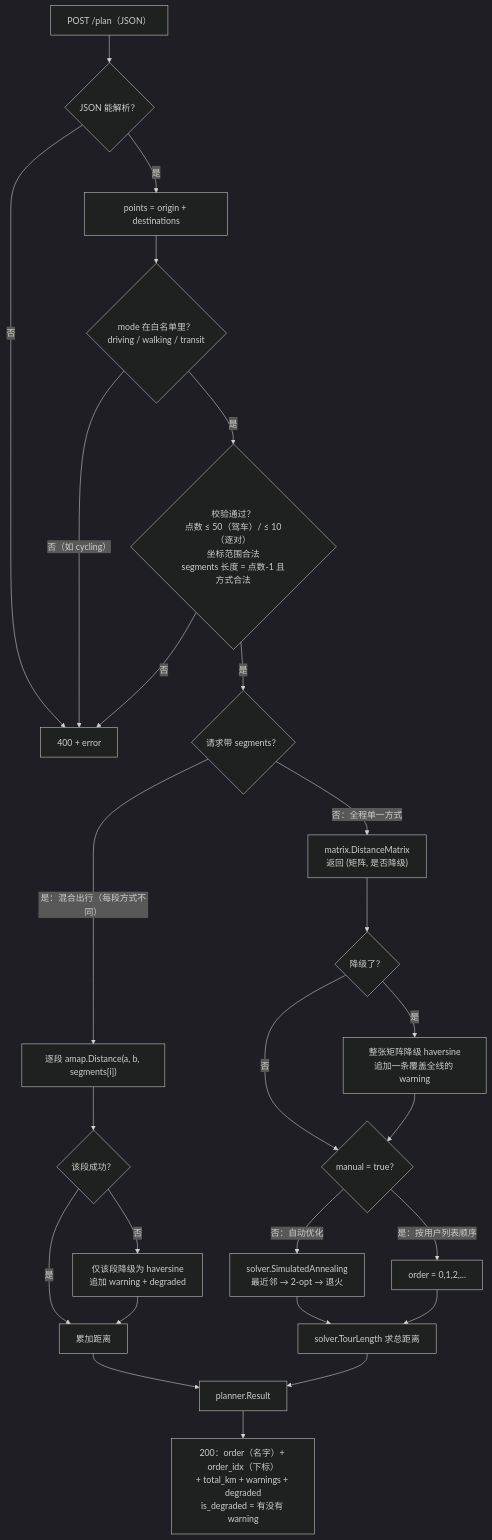
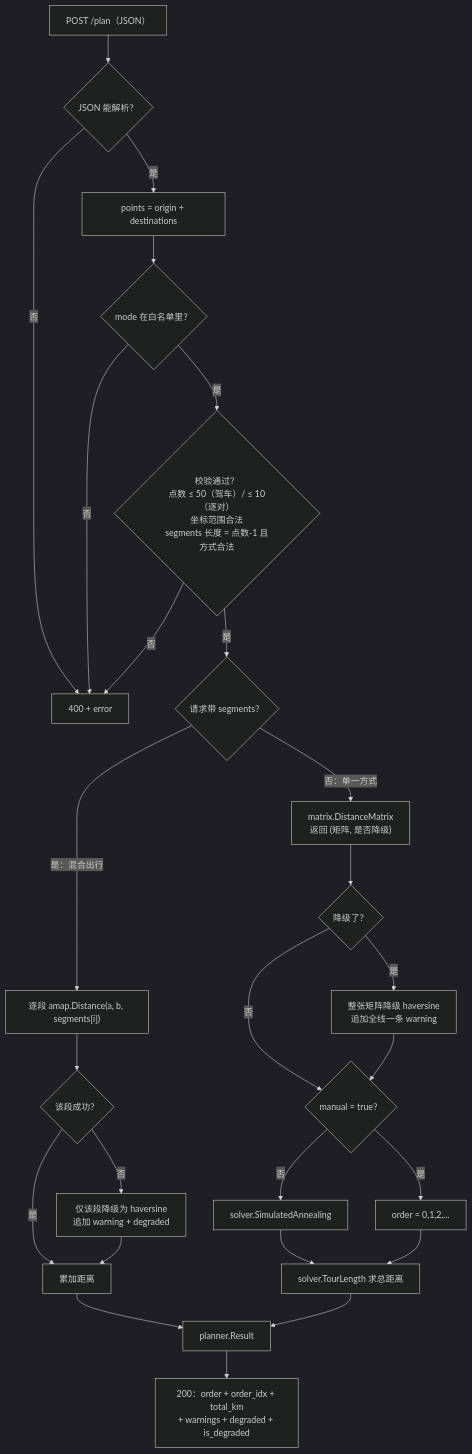
The fifth of 5 diagrams in README.md (Gulugll/route66), drawn with Mermaid (dark theme) before and after one commit. The commit also changed other lines of this file, not shown here.

````diff
--- a/README.md
+++ b/README.md
@@ -511,31 +443,31 @@
 ```mermaid
 flowchart TD
     A["POST /plan（JSON）"] --> B{"JSON 能解析？"}
     B -->|"否"| E400["400 + error"]
     B -->|"是"| C["points = origin + destinations"]
-    C --> V0{"mode 在白名单里？<br/>driving / walking / transit"}
-    V0 -->|"否（如 cycling）"| E400
+    C --> V0{"mode 在白名单里？"}
+    V0 -->|"否"| E400
     V0 -->|"是"| D{"校验通过？<br/>点数 ≤ 50（驾车）/ ≤ 10（逐对）<br/>坐标范围合法<br/>segments 长度 = 点数-1 且方式合法"}
     D -->|"否"| E400
     D -->|"是"| F{"请求带 segments？"}
 
-    F -->|"是：混合出行（每段方式不同）"| G["逐段 amap.Distance(a, b, segments[i])"]
+    F -->|"是：混合出行"| G["逐段 amap.Distance(a, b, segments[i])"]
     G --> H{"该段成功？"}
     H -->|"否"| I["仅该段降级为 haversine<br/>追加 warning + degraded"]
     H -->|"是"| J["累加距离"]
     I --> J
 
-    F -->|"否：全程单一方式"| K["matrix.DistanceMatrix<br/>返回 (矩阵, 是否降级)"]
+    F -->|"否：单一方式"| K["matrix.DistanceMatrix<br/>返回 (矩阵, 是否降级)"]
     K --> K2{"降级了？"}
-    K2 -->|"是"| K3["整张矩阵降级 haversine<br/>追加一条覆盖全线的 warning"]
+    K2 -->|"是"| K3["整张矩阵降级 haversine<br/>追加全线一条 warning"]
     K2 -->|"否"| L
     K3 --> L{"manual = true？"}
-    L -->|"否：自动优化"| MM["solver.SimulatedAnnealing<br/>最近邻 → 2-opt → 退火"]
-    L -->|"是：按用户列表顺序"| N["order = 0,1,2,..."]
+    L -->|"否"| MM["solver.SimulatedAnnealing"]
+    L -->|"是"| N["order = 0,1,2,..."]
     MM --> O["solver.TourLength 求总距离"]
     N --> O
 
     J --> R["planner.Result"]
     O --> R
-    R --> P["200：order（名字）+ order_idx（下标）<br/>+ total_km + warnings + degraded<br/>is_degraded = 有没有 warning"]
+    R --> P["200：order + order_idx + total_km<br/>+ warnings + degraded + is_degraded"]
 ```
````
